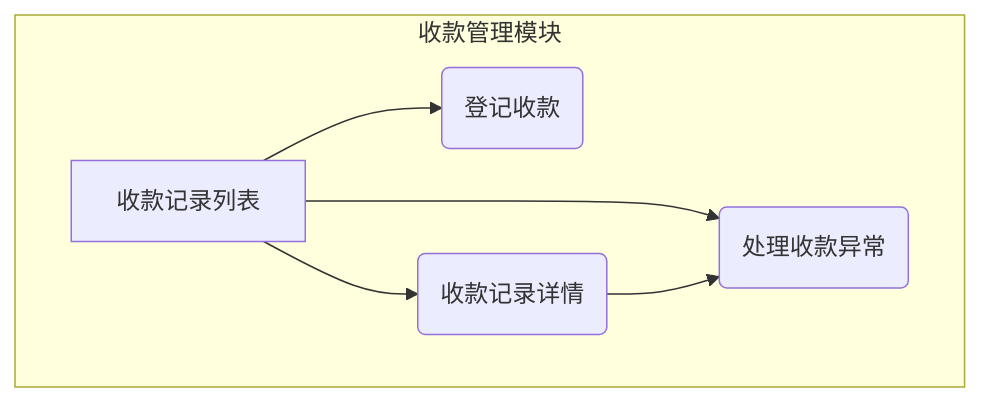
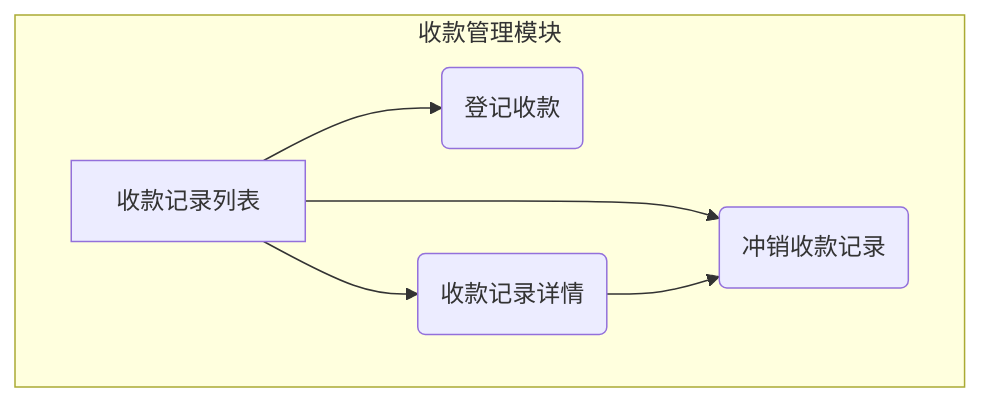
The first of 2 diagrams in prds/project-x/Payment Management Module PRD.md (falasun/product-docs-pilot), drawn with Mermaid before and after one commit. The commit also changed other lines of this file, not shown here.

````diff
--- a/prds/project-x/Payment Management Module PRD.md
+++ b/prds/project-x/Payment Management Module PRD.md
@@ -59,9 +59,9 @@
     ```mermaid
     graph TD
         subgraph 收款管理模块
             A[收款记录列表] --> B(登记收款)
             A --> C(收款记录详情)
-            A --> D(处理收款异常)
+            A --> D(冲销收款记录)
             C --> D
         end
     ```
````
